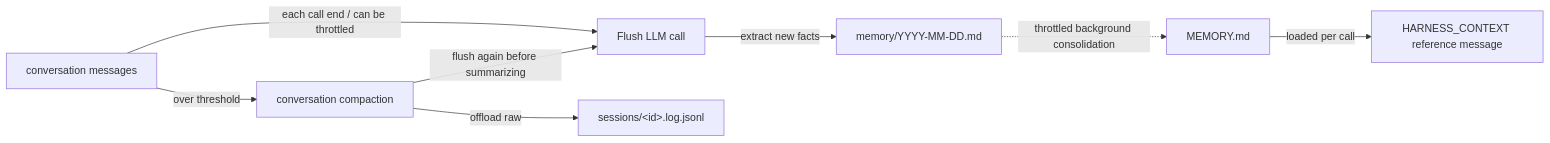
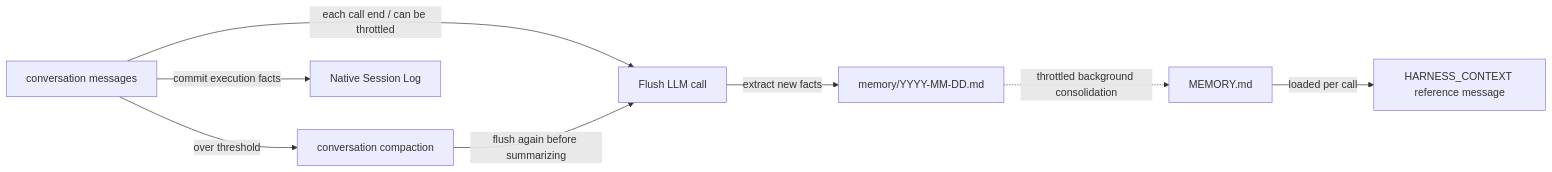
Before and after one commit to agentscope-ai/agentscope-java: the diagram in docs/v2/en/docs/harness/memory.md, drawn with Mermaid. The commit also changed other lines of this file and 1075 other files, not shown here.

````diff
--- a/docs/v2/en/docs/harness/memory.md
+++ b/docs/v2/en/docs/harness/memory.md
@@ -35,11 +35,11 @@
 ```mermaid
 graph LR
     Conv["conversation messages"]
     Conv -->|each call end / can be throttled| Flush["Flush LLM call"]
     Flush -->|extract new facts| Daily["memory/YYYY-MM-DD.md"]
     Conv -->|over threshold| Compactor["conversation compaction"]
-    Compactor -->|offload raw| Sess["sessions/&lt;id&gt;.log.jsonl"]
+    Conv -->|commit execution facts| Sess["Native Session Log"]
     Compactor -->|flush again before summarizing| Flush
     Daily -. throttled background consolidation .-> MEM["MEMORY.md"]
     MEM -->|loaded per call| SYS["HARNESS_CONTEXT reference message"]
 ```
````
